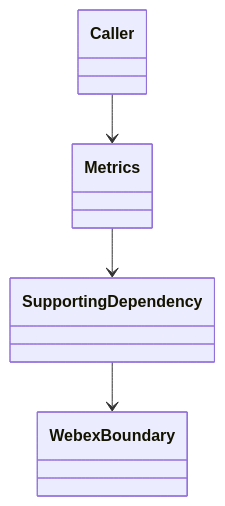
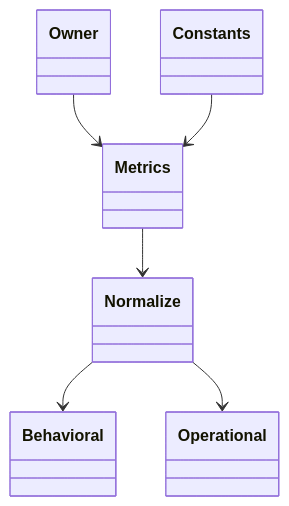
The fourth of 4 diagrams in packages/@webex/plugin-meetings/src/metrics/ai-docs/metrics-spec.md (webex/webex-js-sdk), drawn with Mermaid before and after one commit. The commit also changed other lines of this file and 26 other files, not shown here.

````diff
--- a/packages/@webex/plugin-meetings/src/metrics/ai-docs/metrics-spec.md
+++ b/packages/@webex/plugin-meetings/src/metrics/ai-docs/metrics-spec.md
@@ -142,10 +145,14 @@
 ```mermaid
 classDiagram
-  class Caller
+  class Owner
   class Metrics
-  class SupportingDependency
-  class WebexBoundary
-  Caller --> Metrics
-  Metrics --> SupportingDependency
-  SupportingDependency --> WebexBoundary
+  class Constants
+  class Normalize
+  class Behavioral
+  class Operational
+  Owner --> Metrics
+  Constants --> Metrics
+  Metrics --> Normalize
+  Normalize --> Behavioral
+  Normalize --> Operational
 ```
````
